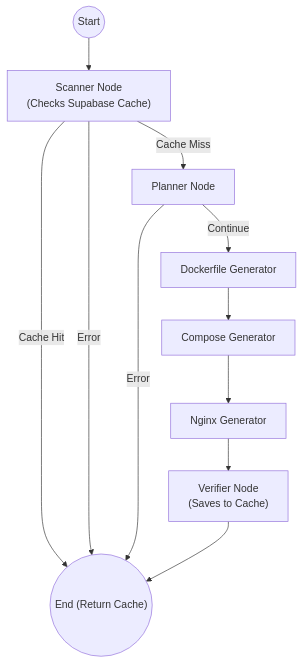
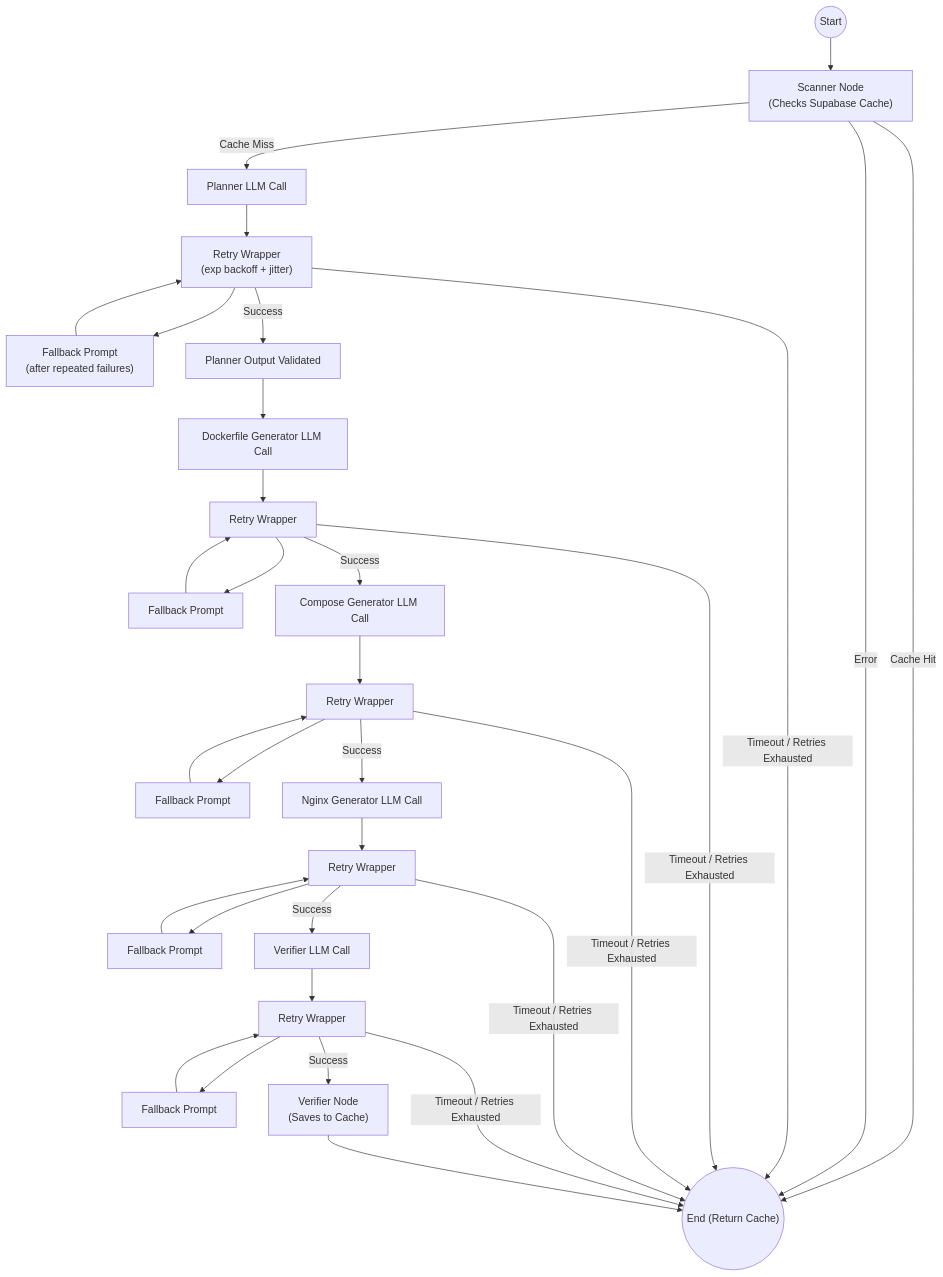
The diagram in README.md (anirudh-makuluri/sd-artifacts), drawn with Mermaid before and after one commit. The commit also changed other lines of this file and 10 other files, not shown here.

````diff
--- a/README.md
+++ b/README.md
@@ -18,15 +30,39 @@
 ```mermaid
 graph TD
     Start(("Start")) --> scan["Scanner Node <br> (Checks Supabase Cache)"]
     scan -->|Cache Hit| endNode(("End (Return Cache)"))
     scan -->|Error| endNode
-    scan -->|Cache Miss| plan["Planner Node"]
-    
-    plan -->|Error| endNode
-    plan -->|Continue| build["Dockerfile Generator"]
-    
-    build --> compose["Compose Generator"]
-    compose --> nginx["Nginx Generator"]
-    nginx --> verify["Verifier Node <br> (Saves to Cache)"]
-    verify --> endNode
+  scan -->|Cache Miss| planCall["Planner LLM Call"]
+
+  planCall --> planRetry["Retry Wrapper <br> (exp backoff + jitter)"]
+  planRetry --> planFallback["Fallback Prompt <br> (after repeated failures)"]
+  planFallback --> planRetry
+  planRetry -->|Success| planOK["Planner Output Validated"]
+  planRetry -->|Timeout / Retries Exhausted| endNode
+
+  planOK --> buildCall["Dockerfile Generator LLM Call"]
+  buildCall --> buildRetry["Retry Wrapper"]
+  buildRetry --> buildFallback["Fallback Prompt"]
+  buildFallback --> buildRetry
+  buildRetry -->|Success| composeCall["Compose Generator LLM Call"]
+  buildRetry -->|Timeout / Retries Exhausted| endNode
+
+  composeCall --> composeRetry["Retry Wrapper"]
+  composeRetry --> composeFallback["Fallback Prompt"]
+  composeFallback --> composeRetry
+  composeRetry -->|Success| nginxCall["Nginx Generator LLM Call"]
+  composeRetry -->|Timeout / Retries Exhausted| endNode
+
+  nginxCall --> nginxRetry["Retry Wrapper"]
+  nginxRetry --> nginxFallback["Fallback Prompt"]
+  nginxFallback --> nginxRetry
+  nginxRetry -->|Success| verifyCall["Verifier LLM Call"]
+  nginxRetry -->|Timeout / Retries Exhausted| endNode
+
+  verifyCall --> verifyRetry["Retry Wrapper"]
+  verifyRetry --> verifyFallback["Fallback Prompt"]
+  verifyFallback --> verifyRetry
+  verifyRetry -->|Success| verifyDone["Verifier Node <br> (Saves to Cache)"]
+  verifyRetry -->|Timeout / Retries Exhausted| endNode
+  verifyDone --> endNode
 ```
````
